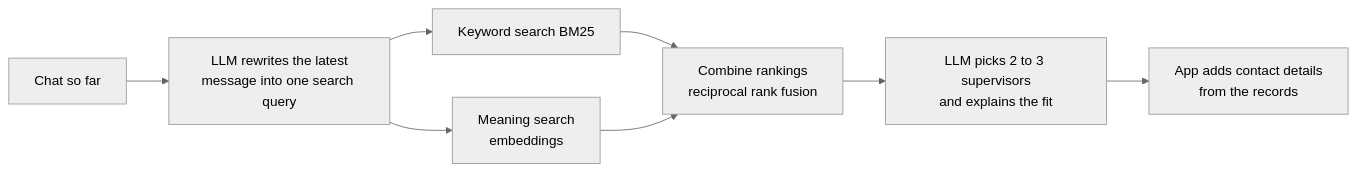
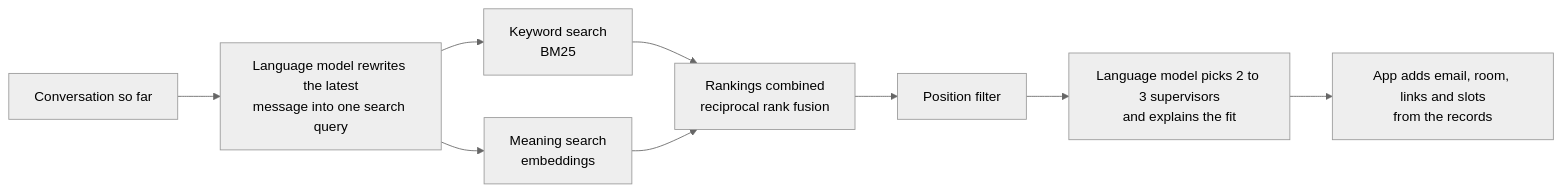
Before and after one commit to zobayertihan/RAG: the third of 3 diagrams in README.md, drawn with Mermaid (neutral theme). The commit also changed other lines of this file, not shown here.

````diff
--- a/README.md
+++ b/README.md
@@ -120,10 +128,11 @@
 ```mermaid
 flowchart LR
-  Q[Chat so far] --> R[LLM rewrites the latest<br/>message into one search query]
-  R --> K[Keyword search BM25]
+  Q[Conversation so far] --> R[Language model rewrites the latest<br/>message into one search query]
+  R --> K[Keyword search<br/>BM25]
   R --> E[Meaning search<br/>embeddings]
-  K --> F[Combine rankings<br/>reciprocal rank fusion]
+  K --> F[Rankings combined<br/>reciprocal rank fusion]
   E --> F
-  F --> A[LLM picks 2 to 3 supervisors<br/>and explains the fit]
-  A --> C[App adds contact details<br/>from the records]
+  F --> X[Position filter]
+  X --> A[Language model picks 2 to 3 supervisors<br/>and explains the fit]
+  A --> C[App adds email, room, links and slots<br/>from the records]
 ```
````
